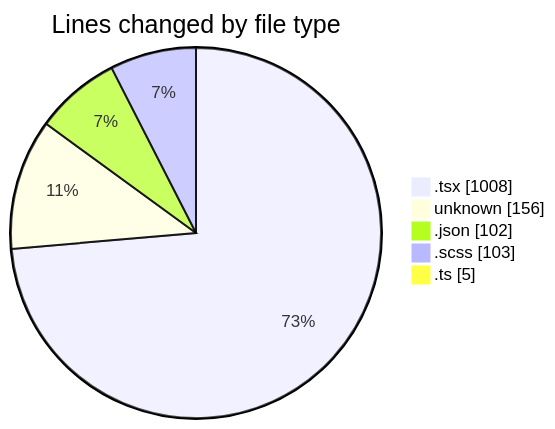
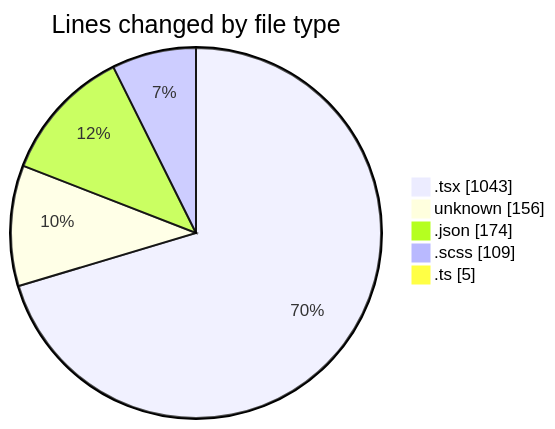
One commit to momahboobian/code-tracking changed the first of 2 diagrams in 2026-09-28/cda/README.md. Above: the diagram before and after it, drawn with Mermaid. The commit also changed other lines of this file and 1 other file, not shown here.

````diff
--- a/2026-09-28/cda/README.md
+++ b/2026-09-28/cda/README.md
@@ -27,9 +28,9 @@
 ```mermaid
 pie showData
 title Lines changed by file type
-".tsx" : 1008
+".tsx" : 1043
 "unknown" : 156
-".json" : 102
-".scss" : 103
+".json" : 174
+".scss" : 109
 ".ts" : 5
 ```
````
